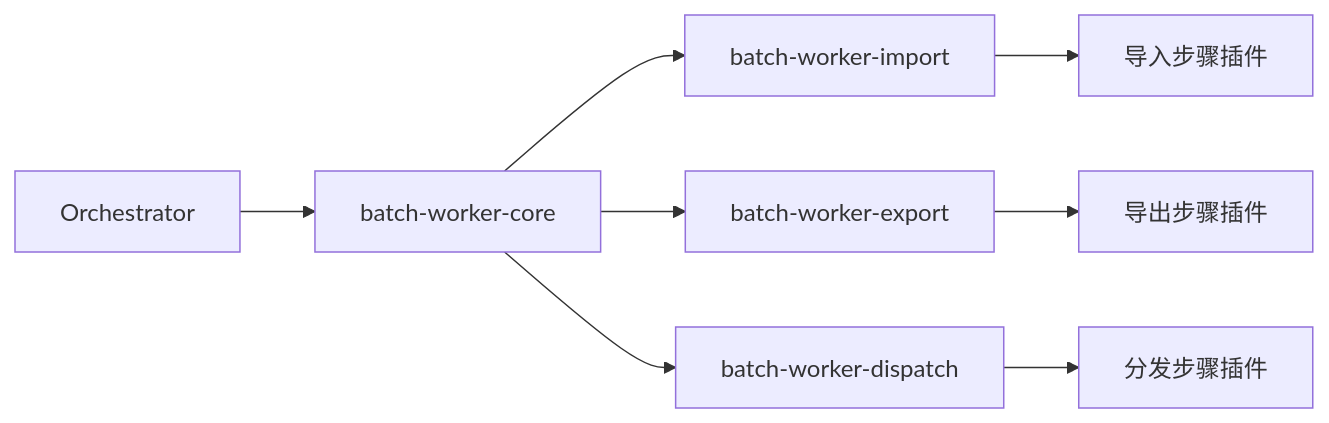
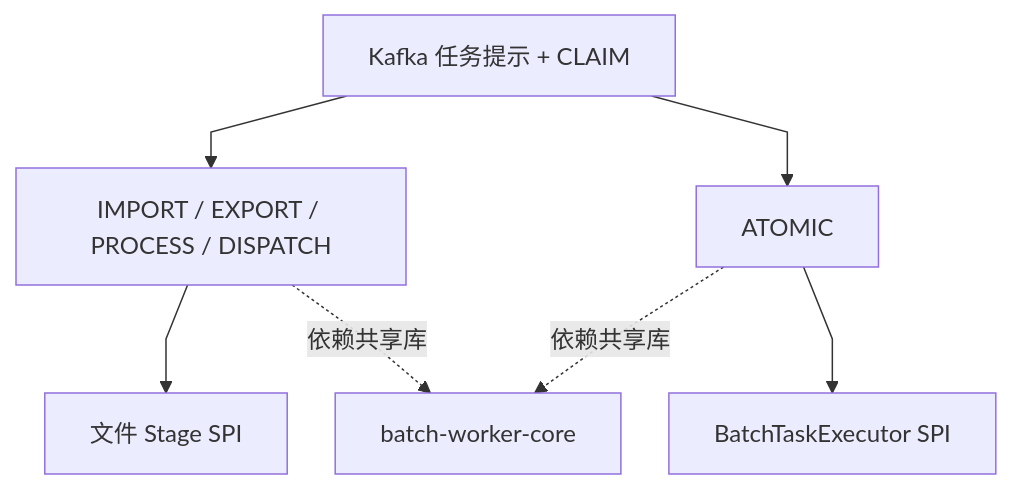
Before and after one commit to pinpols/file-batch-system: the seventh of 8 diagrams in docs/design/file-pipeline-design.md, drawn with Mermaid. The commit also changed other lines of this file and 5032 other files, not shown here.

````diff
--- a/docs/design/file-pipeline-design.md
+++ b/docs/design/file-pipeline-design.md
@@ -972,11 +997,10 @@
 ```mermaid
-flowchart LR
-    A[Orchestrator] --> B[batch-worker-core]
-    B --> C[batch-worker-import]
-    B --> D[batch-worker-export]
-    B --> E[batch-worker-dispatch]
-
-    C --> F[导入步骤插件]
-    D --> G[导出步骤插件]
-    E --> H[分发步骤插件]
+%%{init: {"flowchart":{"curve":"linear","nodeSpacing":32,"rankSpacing":48},"sequence":{"mirrorActors":false}}}%%
+flowchart TB
+  K[Kafka 任务提示 + CLAIM] --> F[IMPORT / EXPORT / PROCESS / DISPATCH]
+  K --> A[ATOMIC]
+  F --> S[文件 Stage SPI]
+  A --> T[BatchTaskExecutor SPI]
+  F -. 依赖共享库 .-> C[batch-worker-core]
+  A -. 依赖共享库 .-> C
 ```
````
